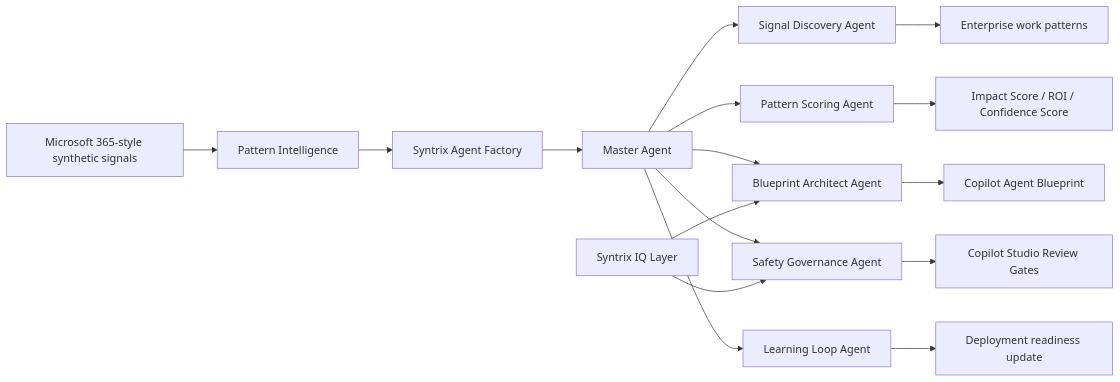
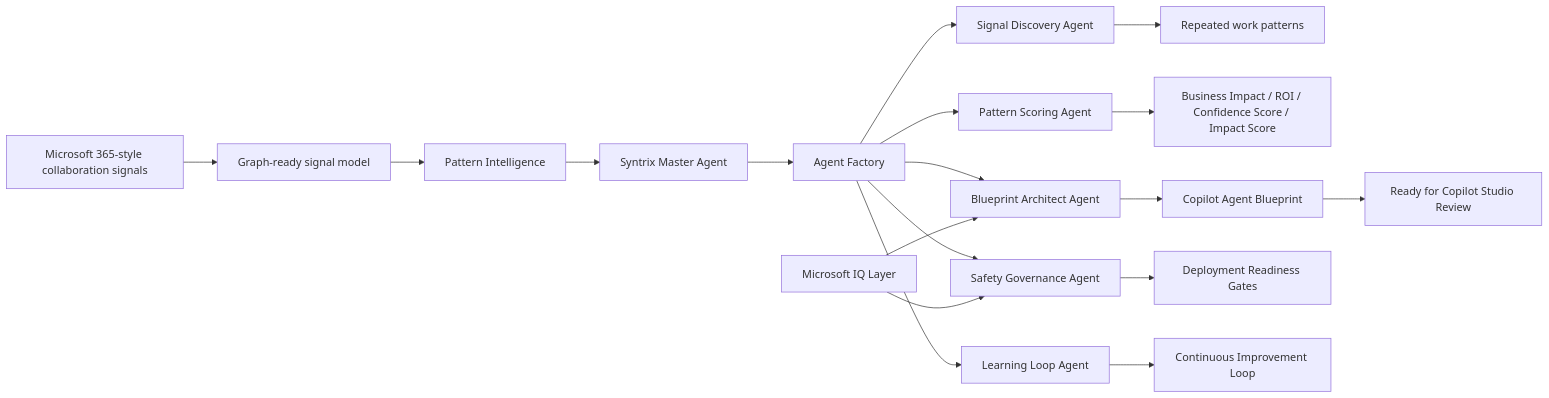
One commit to MDVS17/ReasoningAgent changed the diagram in README.md. Above: the diagram before and after it, drawn with Mermaid. The commit also changed other lines of this file and 2 other files, not shown here.

Commit message:
Update README and architecture for Copilot Agent Architect

````diff
--- a/README.md
+++ b/README.md
@@ -38,18 +49,20 @@
 ```mermaid
 flowchart LR
-    A[Microsoft 365-style synthetic signals] --> B[Pattern Intelligence]
-    B --> C[Syntrix Agent Factory]
-    C --> D[Master Agent]
-    D --> E[Signal Discovery Agent]
-    D --> F[Pattern Scoring Agent]
-    D --> G[Blueprint Architect Agent]
-    D --> H[Safety Governance Agent]
-    D --> I[Learning Loop Agent]
-    E --> J[Enterprise work patterns]
-    F --> K[Impact Score / ROI / Confidence Score]
-    G --> L[Copilot Agent Blueprint]
-    H --> M[Copilot Studio Review Gates]
-    I --> N[Deployment readiness update]
-    O[Syntrix IQ Layer] --> G
-    O --> H
+    A[Microsoft 365-style collaboration signals] --> B[Graph-ready signal model]
+    B --> C[Pattern Intelligence]
+    C --> D[Syntrix Master Agent]
+    D --> E[Agent Factory]
+    E --> F[Signal Discovery Agent]
+    E --> G[Pattern Scoring Agent]
+    E --> H[Blueprint Architect Agent]
+    E --> I[Safety Governance Agent]
+    E --> J[Learning Loop Agent]
+    F --> K[Repeated work patterns]
+    G --> L[Business Impact / ROI / Confidence Score / Impact Score]
+    H --> M[Copilot Agent Blueprint]
+    I --> N[Deployment Readiness Gates]
+    M --> O[Ready for Copilot Studio Review]
+    J --> P[Continuous Improvement Loop]
+    Q[Microsoft IQ Layer] --> H
+    Q --> I
 ```
````
